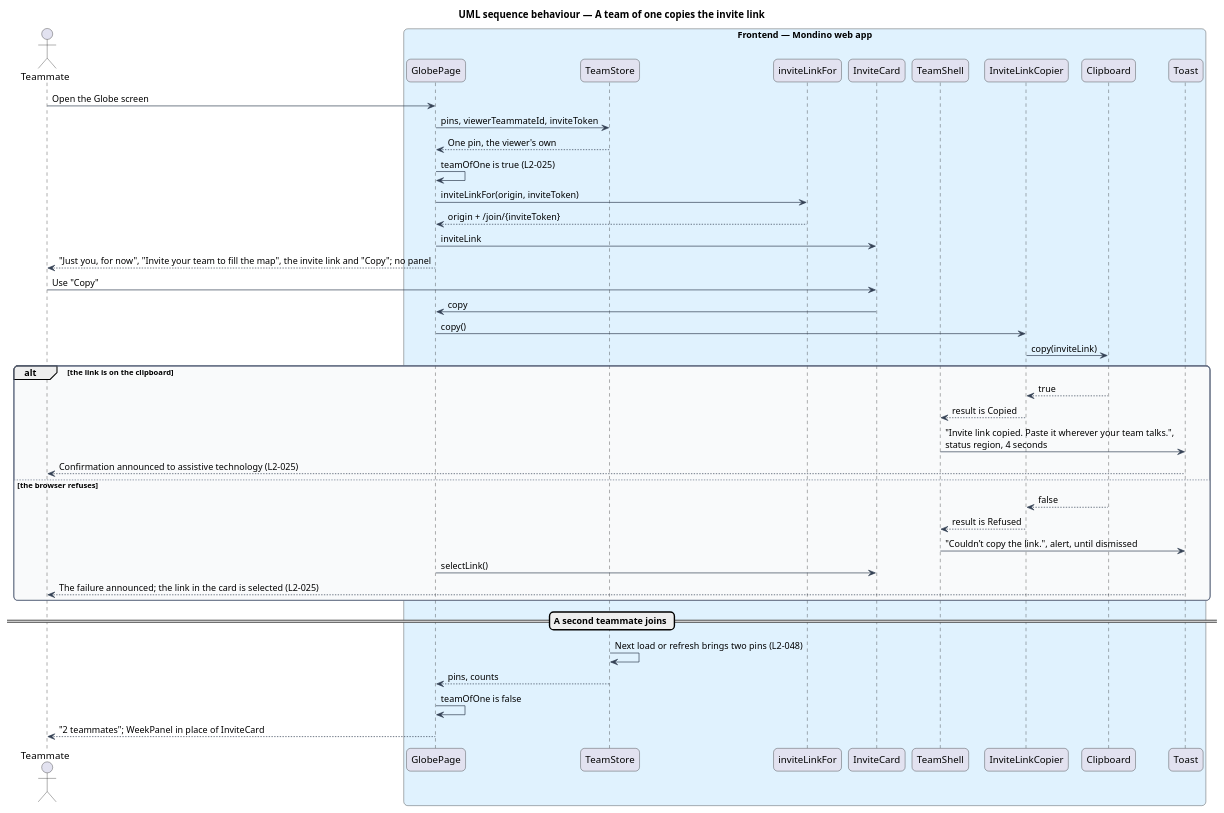
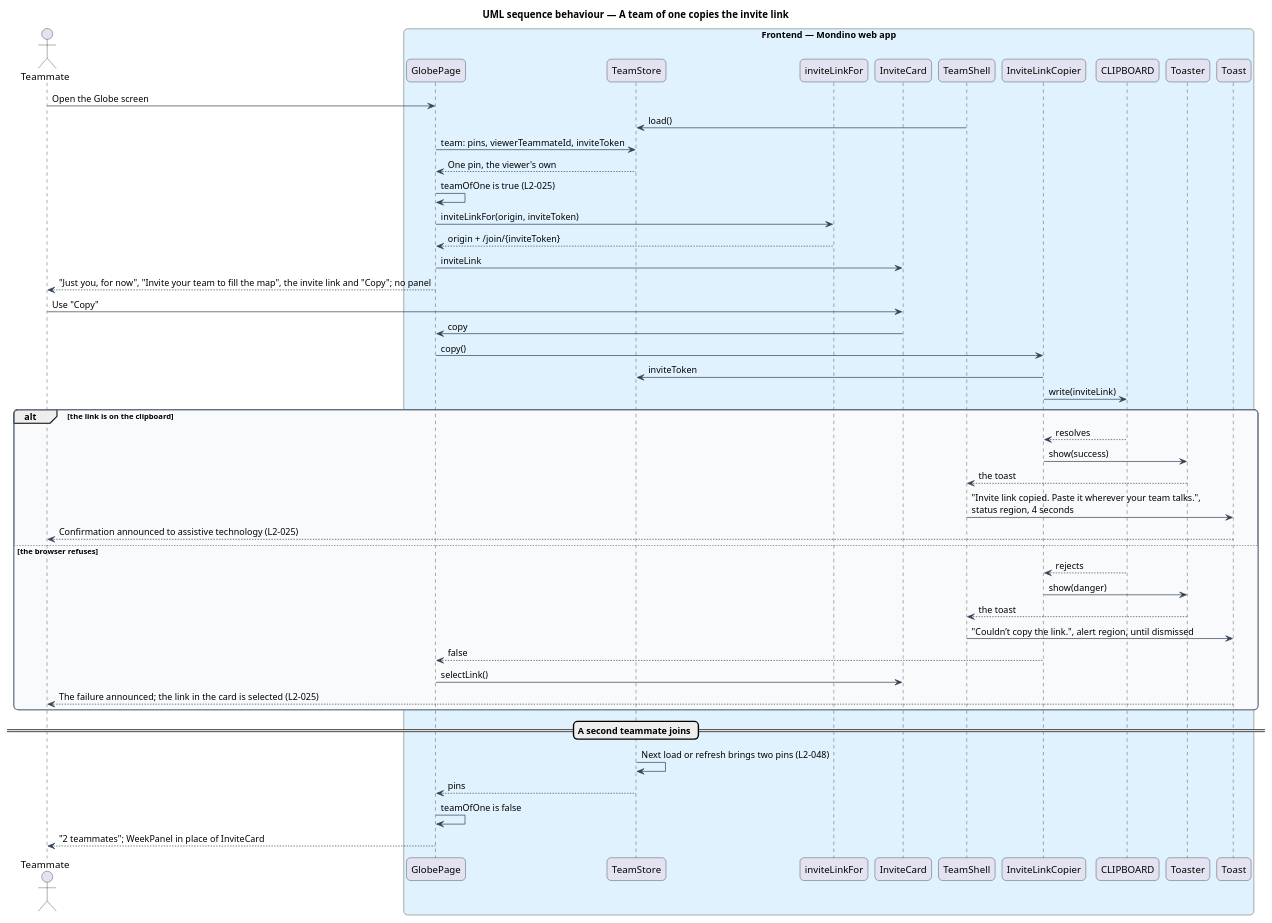
Before and after one commit to QuinntyneBrown/Mondino: the diagram in docs/detailed-designs/team/view-week-around-the-world/diagrams/sequence-copy-invite-link.puml, drawn with PlantUML. The commit also changed 31 other files, not shown here.

```diff
--- a/docs/detailed-designs/team/view-week-around-the-world/diagrams/sequence-copy-invite-link.puml
+++ b/docs/detailed-designs/team/view-week-around-the-world/diagrams/sequence-copy-invite-link.puml
@@ -1,57 +1,63 @@
 @startuml
 title UML sequence behaviour — A team of one copies the invite link
 skinparam backgroundColor #FFFFFF
 skinparam shadowing false
 skinparam roundcorner 12
 skinparam defaultFontName Arial
 skinparam ArrowColor #344054
 skinparam rectangle {
   BorderColor #344054
   FontColor #101828
 }
 skinparam package {
   BorderColor #667085
   FontColor #101828
   BackgroundColor #F9FAFB
 }
 actor "Teammate" as actor
 box "Frontend — Mondino web app" #E0F2FE
   participant "GlobePage" as page
   participant "TeamStore" as store
   participant "inviteLinkFor" as fn
   participant "InviteCard" as card
   participant "TeamShell" as shell
   participant "InviteLinkCopier" as copier
-  participant "Clipboard" as clip
+  participant "CLIPBOARD" as clip
+  participant "Toaster" as toaster
   participant "Toast" as toast
 end box
 actor -> page : Open the Globe screen
-page -> store : pins, viewerTeammateId, inviteToken
+shell -> store : load()
+page -> store : team: pins, viewerTeammateId, inviteToken
 store --> page : One pin, the viewer's own
 page -> page : teamOfOne is true (L2-025)
 page -> fn : inviteLinkFor(origin, inviteToken)
 fn --> page : origin + /join/{inviteToken}
 page -> card : inviteLink
 page --> actor : "Just you, for now", "Invite your team to fill the map", the invite link and "Copy"; no panel
 actor -> card : Use "Copy"
 card -> page : copy
 page -> copier : copy()
-copier -> clip : copy(inviteLink)
+copier -> store : inviteToken
+copier -> clip : write(inviteLink)
 alt the link is on the clipboard
-  clip --> copier : true
-  copier --> shell : result is Copied
+  clip --> copier : resolves
+  copier -> toaster : show(success)
+  toaster --> shell : the toast
   shell -> toast : "Invite link copied. Paste it wherever your team talks.",\nstatus region, 4 seconds
   toast --> actor : Confirmation announced to assistive technology (L2-025)
 else the browser refuses
-  clip --> copier : false
-  copier --> shell : result is Refused
-  shell -> toast : "Couldn’t copy the link.", alert, until dismissed
+  clip --> copier : rejects
+  copier -> toaster : show(danger)
+  toaster --> shell : the toast
+  shell -> toast : "Couldn’t copy the link.", alert region, until dismissed
+  copier --> page : false
   page -> card : selectLink()
   toast --> actor : The failure announced; the link in the card is selected (L2-025)
 end
 == A second teammate joins ==
 store -> store : Next load or refresh brings two pins (L2-048)
-store --> page : pins, counts
+store --> page : pins
 page -> page : teamOfOne is false
 page --> actor : "2 teammates"; WeekPanel in place of InviteCard
 @enduml
```
